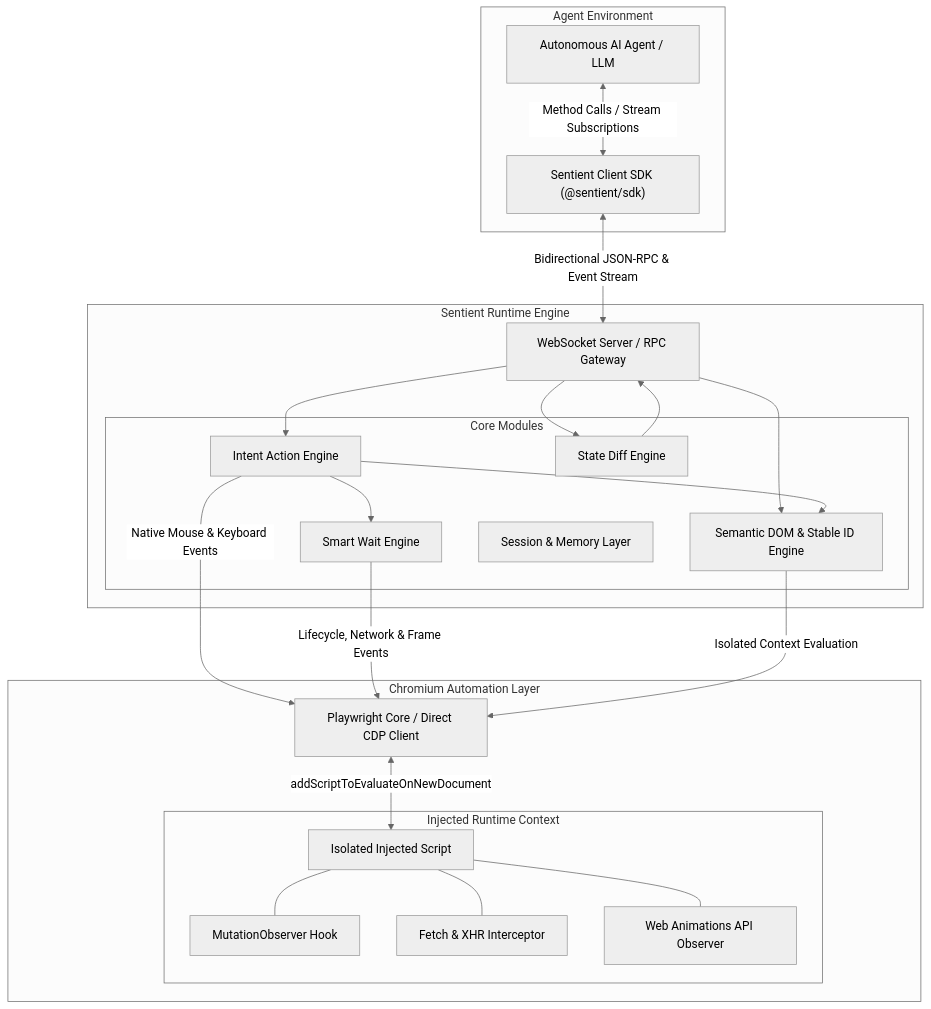
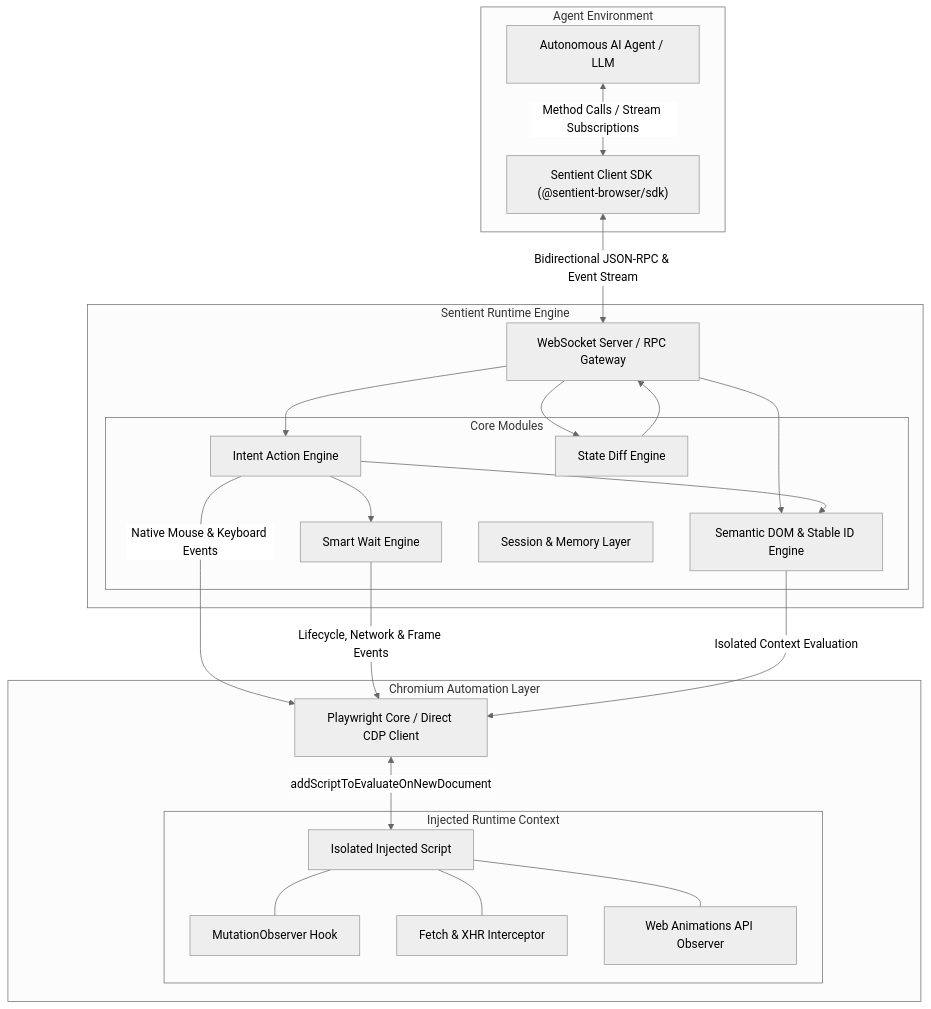
One commit to chintanvaghela/sentient-browser changed the first of 2 diagrams in docs/architecture.md. Above: the diagram before and after it, drawn with Mermaid (neutral theme). The commit also changed other lines of this file and 22 other files, not shown here.

Commit message:
chore: rename npm scope from @sentient to @sentient-browser

````diff
--- a/docs/architecture.md
+++ b/docs/architecture.md
@@ -9,47 +9,47 @@
 ```mermaid
 graph TD
     subgraph Agent Environment
         AI[Autonomous AI Agent / LLM]
-        SDK["Sentient Client SDK (@sentient/sdk)"]
+        SDK["Sentient Client SDK (@sentient-browser/sdk)"]
         AI <-->|Method Calls / Stream Subscriptions| SDK
     end
 
     subgraph Sentient Runtime Engine
         WS[WebSocket Server / RPC Gateway]
         SDK <-->|Bidirectional JSON-RPC & Event Stream| WS
 
         subgraph Core Modules
             IE[Intent Action Engine]
             WE[Smart Wait Engine]
             SDE[State Diff Engine]
             SME[Semantic DOM & Stable ID Engine]
             MEM[Session & Memory Layer]
         end
 
         WS --> IE
         WS --> SME
         WS --> SDE
         IE --> WE
         IE --> SME
         SDE --> WS
     end
 
     subgraph Chromium Automation Layer
         CDP[Playwright Core / Direct CDP Client]
         IE -->|Native Mouse & Keyboard Events| CDP
         WE -->|Lifecycle, Network & Frame Events| CDP
         SME -->|Isolated Context Evaluation| CDP
 
         subgraph Injected Runtime Context
             IR[Isolated Injected Script]
             MO[MutationObserver Hook]
             NetHook[Fetch & XHR Interceptor]
             AnimHook[Web Animations API Observer]
             IR --- MO
             IR --- NetHook
             IR --- AnimHook
         end
 
         CDP <-->|addScriptToEvaluateOnNewDocument| IR
     end
 ```
````
